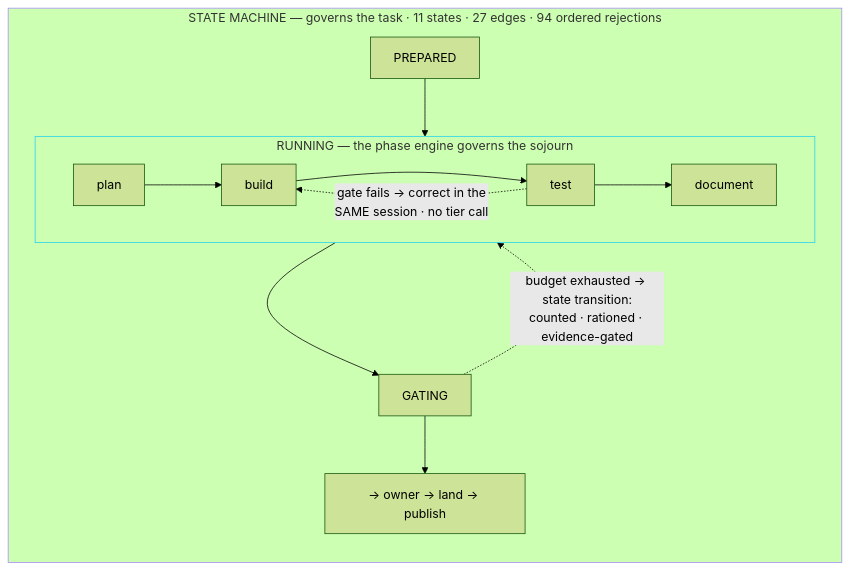
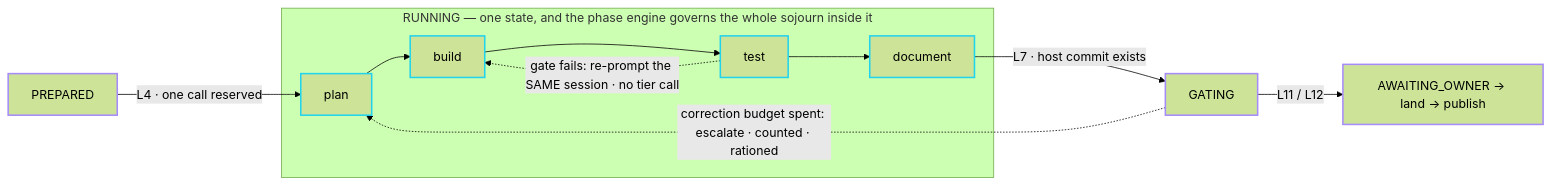
Before and after one commit to santiagoms2404/agentic-workflow-software-factory: the first of 2 diagrams in README.md, drawn with Mermaid (forest theme). The commit also changed other lines of this file, not shown here.

First line of the commit message:
docs: explain what each workflow and each gate is for

````diff
--- a/README.md
+++ b/README.md
@@ -82,16 +82,18 @@
 ```mermaid
 flowchart LR
-  subgraph SM["STATE MACHINE — governs the task · 11 states · 27 edges · 94 ordered rejections"]
-    PREP["PREPARED"] --> RUN
-    subgraph RUN["RUNNING — the phase engine governs the sojourn"]
-      direction LR
-      p1["plan"] --> p2["build"] --> p3["test"] --> p4["document"]
-      p3 -. "gate fails → correct in the<br/>SAME session · no tier call" .-> p2
-    end
-    RUN --> G["GATING"]
-    G --> OWN["→ owner → land → publish"]
-    G -. "budget exhausted → state transition:<br/>counted · rationed · evidence-gated" .-> RUN
+  PREPARED --> |"L4 · one call reserved"| p1
+
+  subgraph RUNNING["RUNNING — one state, and the phase engine governs the whole sojourn inside it"]
+    p1["plan"] --> p2["build"] --> p3["test"] --> p4["document"]
+    p3 -.-> |"gate fails: re-prompt the SAME session · no tier call"| p2
   end
-  style RUN stroke:#22D3EE
-  style SM stroke:#A78BFA
+
+  p4 --> |"L7 · host commit exists"| GATING
+  GATING --> |"L11 / L12"| OWNER["AWAITING_OWNER → land → publish"]
+  GATING -.-> |"correction budget spent: escalate · counted · rationed"| p1
+
+  classDef cheap stroke:#22D3EE,stroke-width:2px
+  classDef costly stroke:#A78BFA,stroke-width:2px
+  class p1,p2,p3,p4 cheap
+  class PREPARED,GATING,OWNER costly
 ```
````
